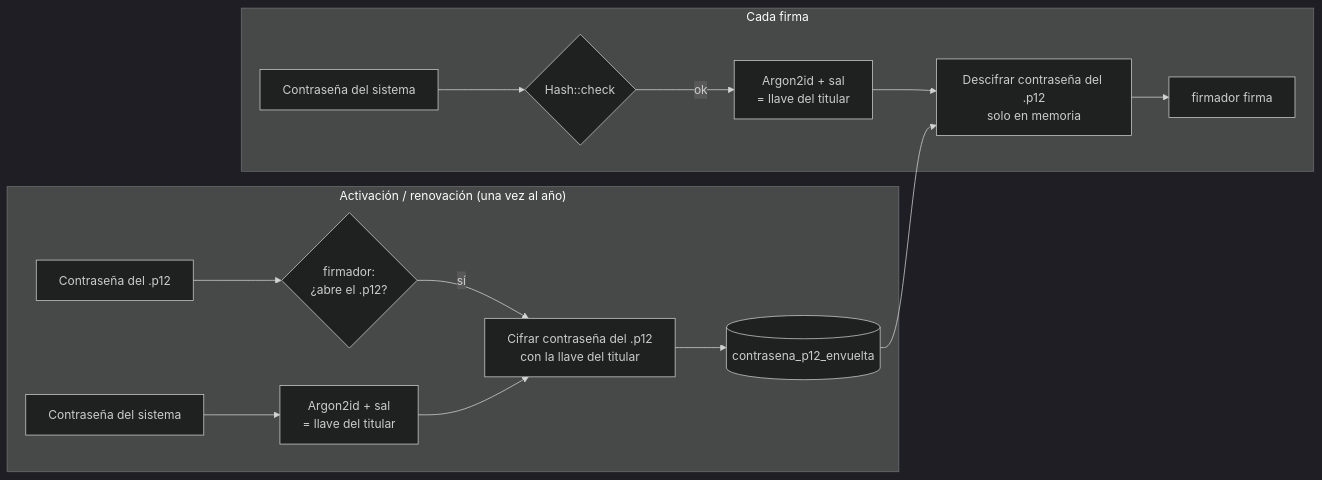
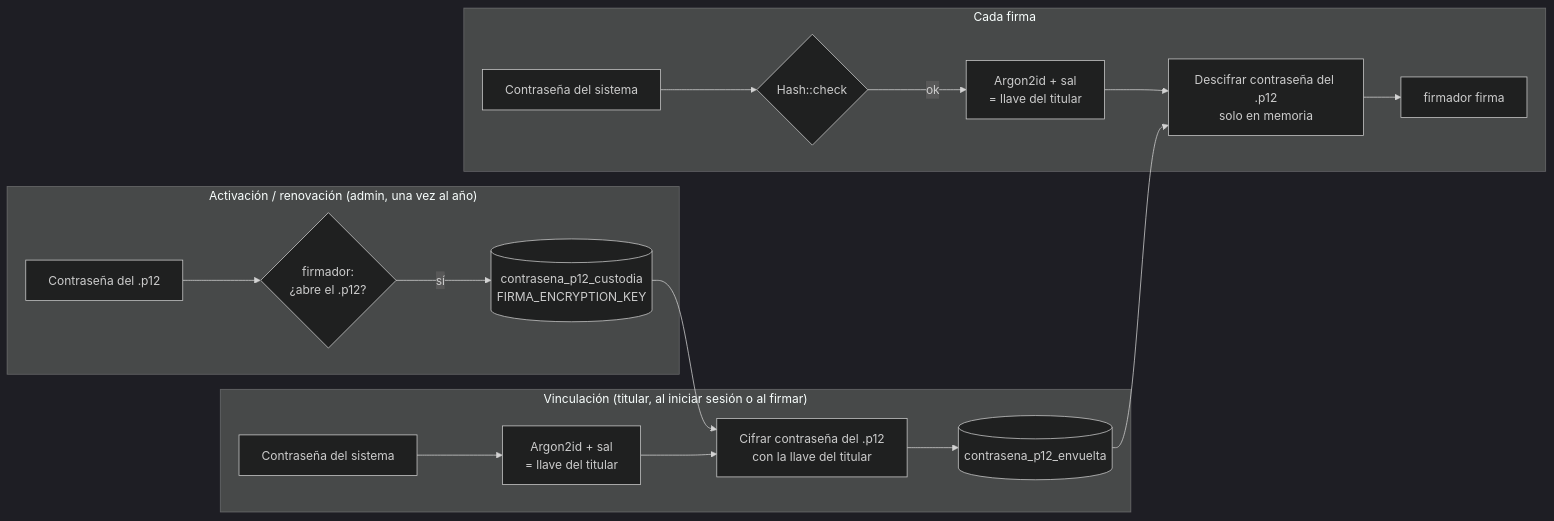
The diagram in Docs/firma-digital/03-seguridad.md (deyvid-capital/Sistema-ICU), drawn with Mermaid (dark theme) before and after one commit. The commit also changed other lines of this file and 35 other files, not shown here.

````diff
--- a/Docs/firma-digital/03-seguridad.md
+++ b/Docs/firma-digital/03-seguridad.md
@@ -17,17 +18,20 @@
 ```mermaid
 flowchart LR
-    subgraph Activación["Activación / renovación (una vez al año)"]
+    subgraph Activación["Activación / renovación (admin, una vez al año)"]
         P1[Contraseña del .p12] --> V{firmador:<br/>¿abre el .p12?}
+        V -->|sí| C[(contrasena_p12_custodia<br/>FIRMA_ENCRYPTION_KEY)]
+    end
+    subgraph Vincular["Vinculación (titular, al iniciar sesión o al firmar)"]
         P2[Contraseña del sistema] --> K1[Argon2id + sal<br/>= llave del titular]
-        V -->|sí| W[Cifrar contraseña del .p12<br/>con la llave del titular]
+        C --> W[Cifrar contraseña del .p12<br/>con la llave del titular]
         K1 --> W
         W --> DB[(contrasena_p12_envuelta)]
     end
     subgraph Firma["Cada firma"]
         P3[Contraseña del sistema] --> H{Hash::check}
         H -->|ok| K2[Argon2id + sal<br/>= llave del titular]
         K2 --> U[Descifrar contraseña del .p12<br/>solo en memoria]
         DB --> U
         U --> F[firmador firma]
     end
 ```
````
